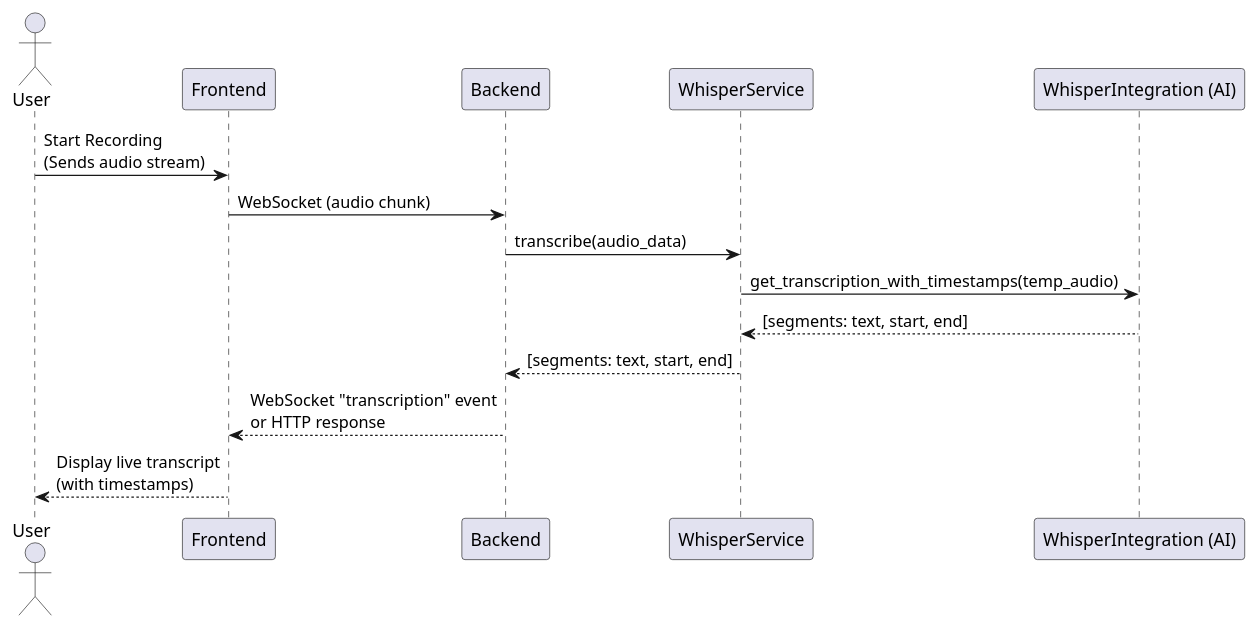
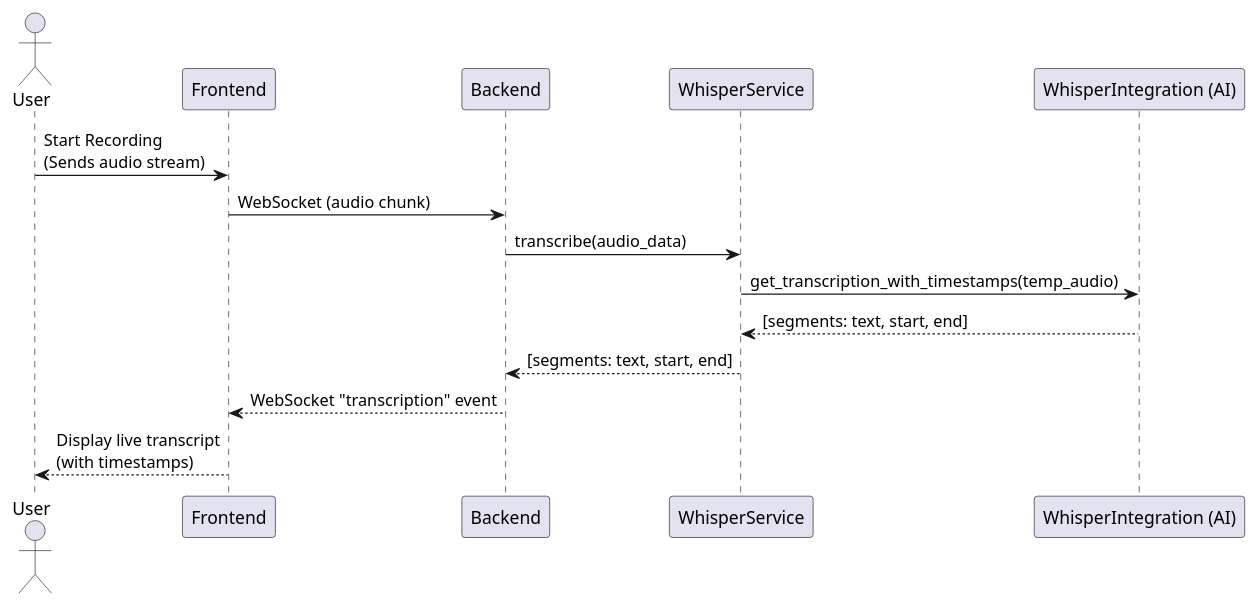
Before and after one commit to gmunumel/phonic-ai: the diagram in docs/sequence_diagram.puml, drawn with PlantUML. The commit also changed 21 other files, not shown here.

```diff
--- a/docs/sequence_diagram.puml
+++ b/docs/sequence_diagram.puml
@@ -1,13 +1,13 @@
 @startuml Sequence Diagram
 actor User
 
 User -> Frontend : Start Recording\n(Sends audio stream)
 Frontend -> Backend : WebSocket (audio chunk)
 Backend -> WhisperService : transcribe(audio_data)
 WhisperService -> "WhisperIntegration (AI)" : get_transcription_with_timestamps(temp_audio)
 "WhisperIntegration (AI)" --> WhisperService : [segments: text, start, end]
 WhisperService --> Backend : [segments: text, start, end]
-Backend --> Frontend : WebSocket "transcription" event\nor HTTP response
+Backend --> Frontend : WebSocket "transcription" event
 Frontend --> User : Display live transcript\n(with timestamps)
 
 @enduml
```
